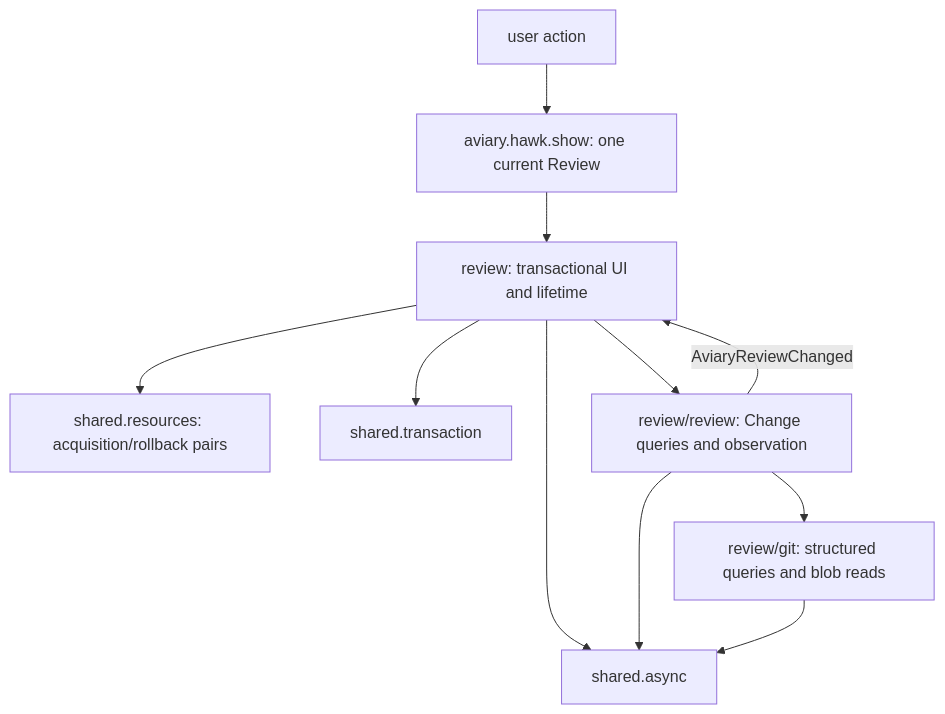
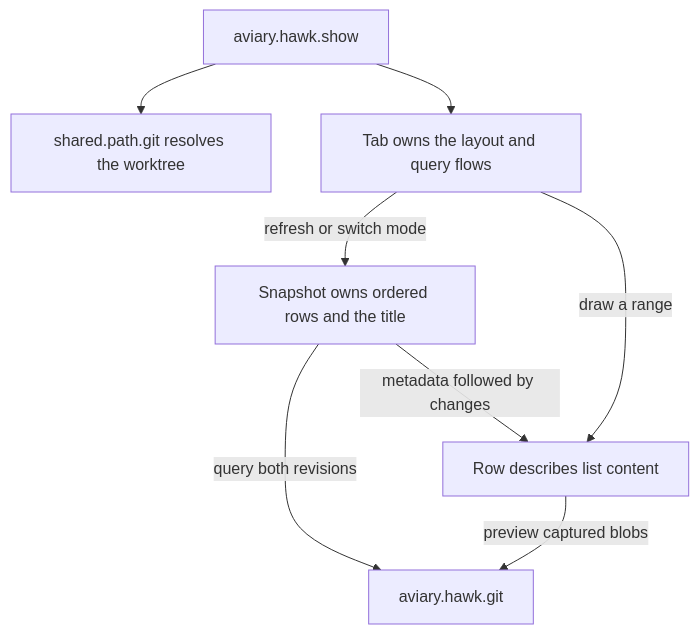
Before and after one commit to ZachVec/aviary.nvim: the diagram in docs/hawk/architecture.md, drawn with Mermaid. The commit also changed other lines of this file and 25 other files, not shown here.

````diff
--- a/docs/hawk/architecture.md
+++ b/docs/hawk/architecture.md
@@ -3,13 +3,10 @@
 ```mermaid
 flowchart TD
-  User["user action"] --> H["aviary.hawk.show: one current Review"]
-  H --> R["review: transactional UI and lifetime"]
-  R --> Resources["shared.resources: acquisition/rollback pairs"]
-  R --> TX["shared.transaction"]
-  R --> Async["shared.async"]
-  R --> Data["review/review: Change queries and observation"]
-  Data -->|"AviaryReviewChanged"| R
-  Data --> Async
-  Data --> Git["review/git: structured queries and blob reads"]
-  Git --> Async
+  Hawk["aviary.hawk.show"] --> Path["shared.path.git resolves the worktree"]
+  Hawk --> Tab["Tab owns the layout and query flows"]
+  Tab --> |"refresh or switch mode"| Snapshot["Snapshot owns ordered rows and the title"]
+  Snapshot --> |"query both revisions"| Git["aviary.hawk.git"]
+  Snapshot --> |"metadata followed by changes"| Row["Row describes list content"]
+  Tab --> |"draw a range"| Row
+  Row --> |"preview captured blobs"| Git
 ```
````
